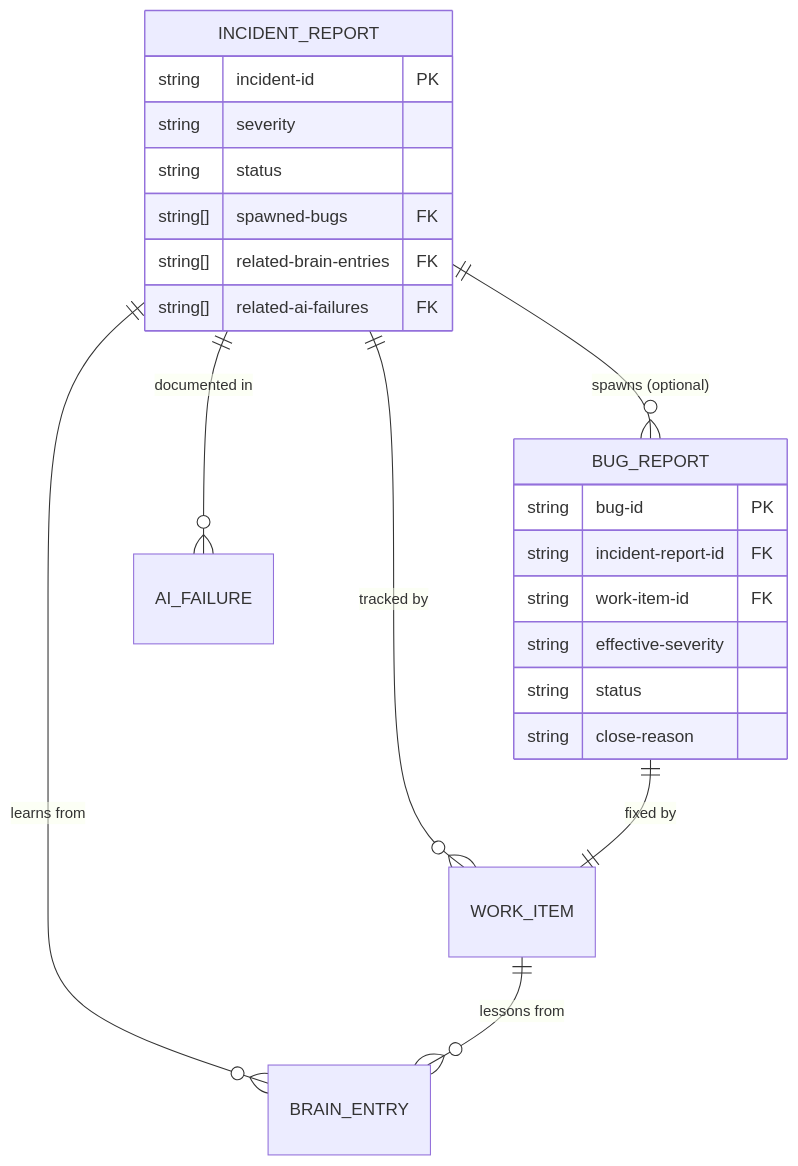
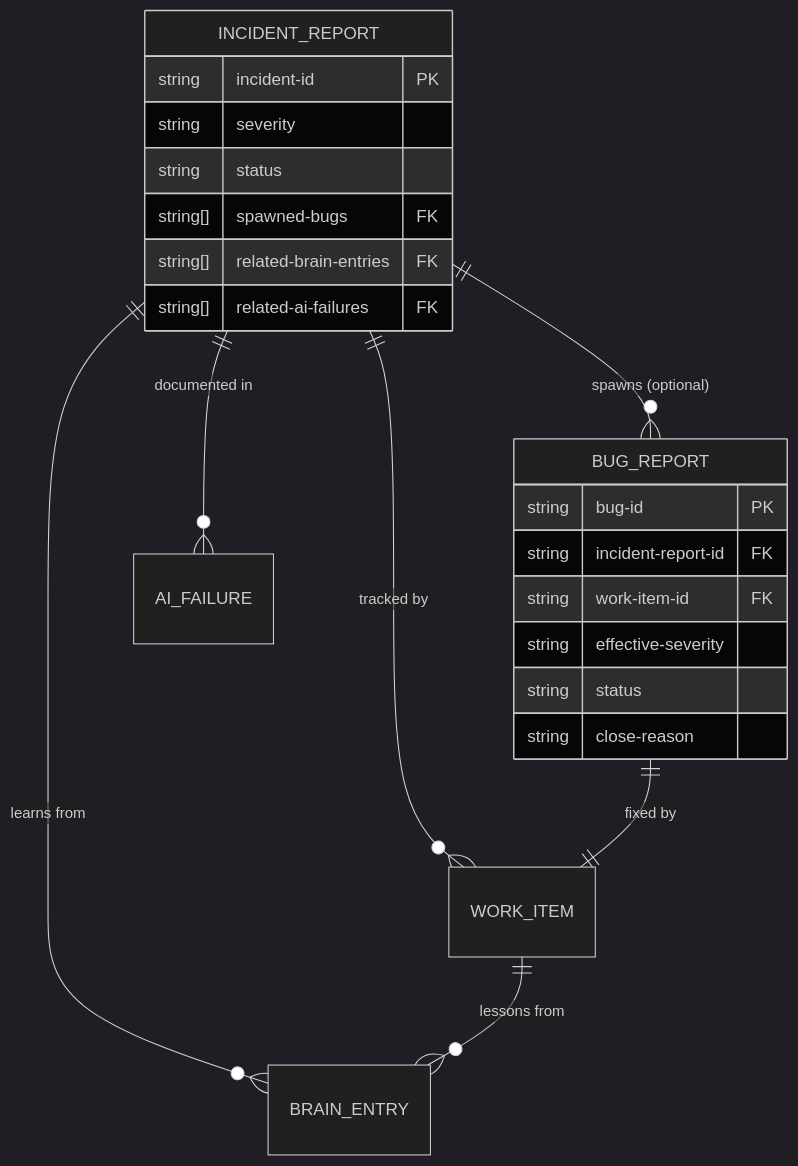
One commit to hanasaki/hanaden-bwrap-enhanced changed the second of 2 diagrams in docs/doc-templates/20260817-145224-591490-751d-be54-c17afaa064fb-ent-incident-report.tmpl-0.0.1.md. Above: the diagram before and after it, drawn with Mermaid. The commit also changed other lines of this file and 1 other file, not shown here.

````diff
--- a/docs/doc-templates/20260817-145224-591490-751d-be54-c17afaa064fb-ent-incident-report.tmpl-0.0.1.md
+++ b/docs/doc-templates/20260817-145224-591490-751d-be54-c17afaa064fb-ent-incident-report.tmpl-0.0.1.md
@@ -818,27 +716,28 @@
 ```mermaid
+%%{init: {'theme': 'dark'}}%%
 erDiagram
     INCIDENT_REPORT ||--o{ BUG_REPORT : "spawns (optional)"
     INCIDENT_REPORT ||--o{ BRAIN_ENTRY : "learns from"
     INCIDENT_REPORT ||--o{ AI_FAILURE : "documented in"
     INCIDENT_REPORT ||--o{ WORK_ITEM : "tracked by"
     BUG_REPORT ||--|| WORK_ITEM : "fixed by"
     WORK_ITEM ||--o{ BRAIN_ENTRY : "lessons from"
 
     INCIDENT_REPORT {
         string incident-id PK
         string severity
         string status
         string[] spawned-bugs FK
         string[] related-brain-entries FK
         string[] related-ai-failures FK
     }
 
     BUG_REPORT {
         string bug-id PK
         string incident-report-id FK
         string work-item-id FK
         string effective-severity
         string status
         string close-reason
     }
 ```
````
